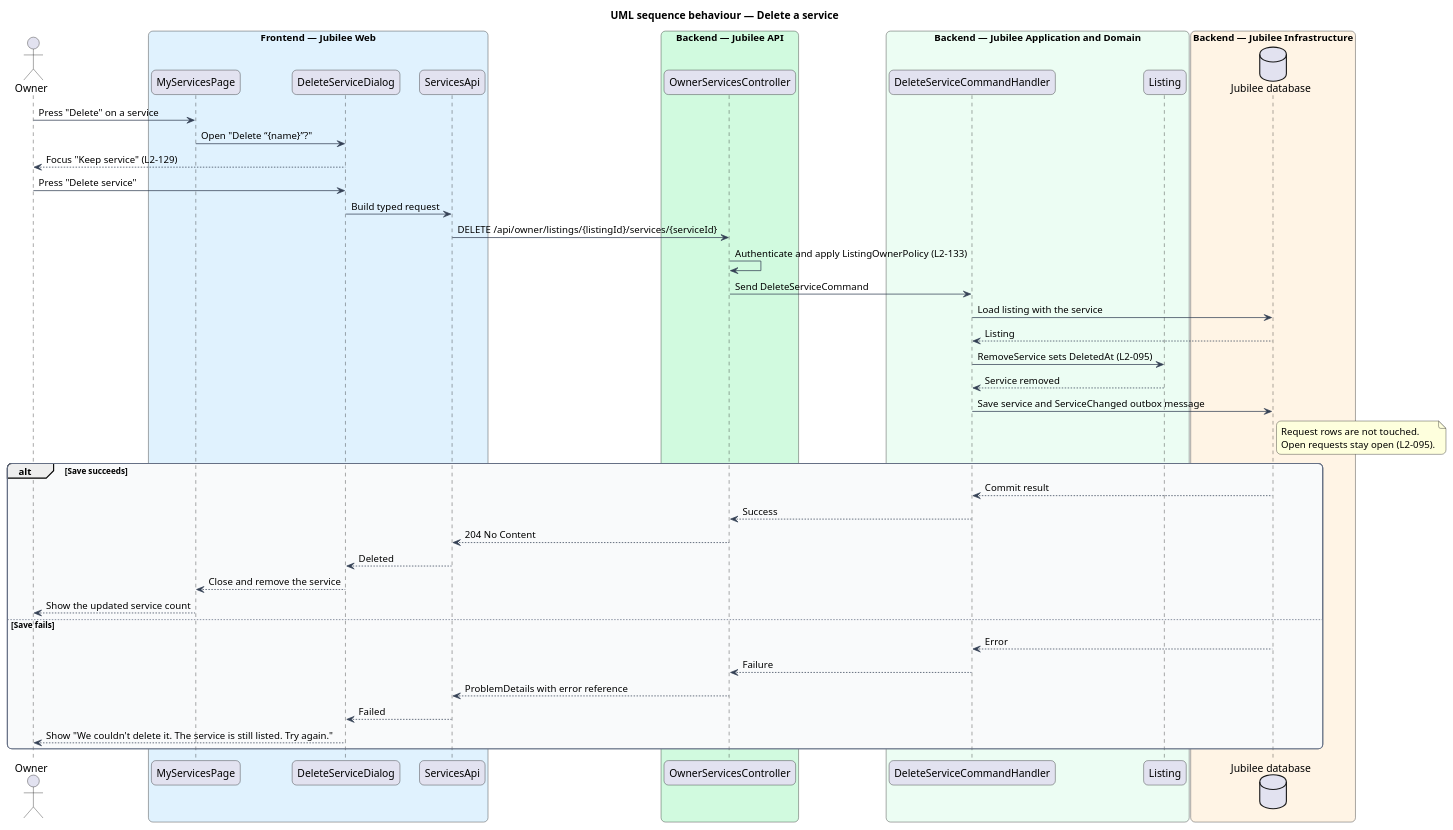
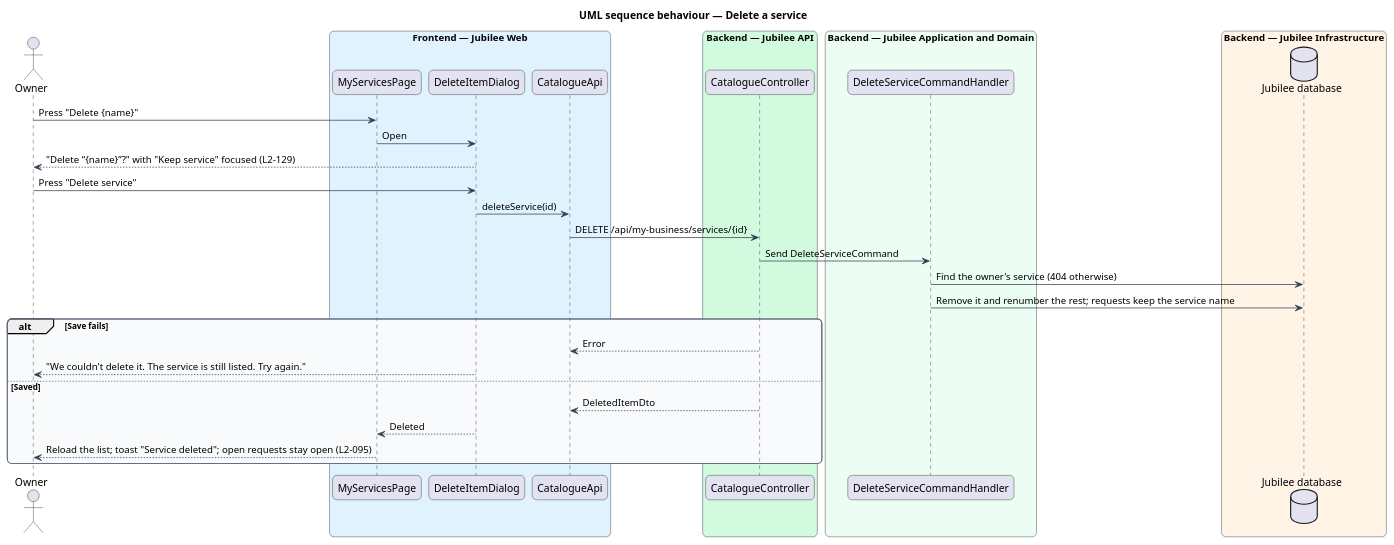
One commit to QuinntyneBrown/jubilee changed the diagram in docs/detailed-designs/owner-workspace/manage-services/diagrams/sequence-delete-service.puml. Above: the diagram before and after it, drawn with PlantUML. The commit also changed 57 other files, not shown here.

```diff
--- a/docs/detailed-designs/owner-workspace/manage-services/diagrams/sequence-delete-service.puml
+++ b/docs/detailed-designs/owner-workspace/manage-services/diagrams/sequence-delete-service.puml
@@ -1,61 +1,49 @@
 @startuml
 title UML sequence behaviour — Delete a service
 skinparam backgroundColor #FFFFFF
 skinparam shadowing false
 skinparam roundcorner 12
 skinparam defaultFontName Arial
 skinparam ArrowColor #344054
 skinparam rectangle {
   BorderColor #344054
   FontColor #101828
 }
 skinparam package {
   BorderColor #667085
   FontColor #101828
   BackgroundColor #F9FAFB
 }
 actor "Owner" as actor
 box "Frontend — Jubilee Web" #E0F2FE
   participant "MyServicesPage" as page
-  participant "DeleteServiceDialog" as dialog
-  participant "ServicesApi" as client
+  participant "DeleteItemDialog" as dialog
+  participant "CatalogueApi" as client
 end box
 box "Backend — Jubilee API" #D1FADF
-  participant "OwnerServicesController" as controller
+  participant "CatalogueController" as controller
 end box
 box "Backend — Jubilee Application and Domain" #ECFDF3
   participant "DeleteServiceCommandHandler" as handler
-  participant "Listing" as entity
 end box
 box "Backend — Jubilee Infrastructure" #FFF4E5
   database "Jubilee database" as db
 end box
-actor -> page : Press "Delete" on a service
-page -> dialog : Open "Delete “{name}”?"
-dialog --> actor : Focus "Keep service" (L2-129)
+actor -> page : Press "Delete {name}"
+page -> dialog : Open
+dialog --> actor : "Delete “{name}”?" with "Keep service" focused (L2-129)
 actor -> dialog : Press "Delete service"
-dialog -> client : Build typed request
-client -> controller : DELETE /api/owner/listings/{listingId}/services/{serviceId}
-controller -> controller : Authenticate and apply ListingOwnerPolicy (L2-133)
+dialog -> client : deleteService(id)
+client -> controller : DELETE /api/my-business/services/{id}
 controller -> handler : Send DeleteServiceCommand
-handler -> db : Load listing with the service
-db --> handler : Listing
-handler -> entity : RemoveService sets DeletedAt (L2-095)
-entity --> handler : Service removed
-handler -> db : Save service and ServiceChanged outbox message
-note right of db : Request rows are not touched.\nOpen requests stay open (L2-095).
-alt Save succeeds
-  db --> handler : Commit result
-  handler --> controller : Success
-  controller --> client : 204 No Content
-  client --> dialog : Deleted
-  dialog --> page : Close and remove the service
-  page --> actor : Show the updated service count
-else Save fails
-  db --> handler : Error
-  handler --> controller : Failure
-  controller --> client : ProblemDetails with error reference
-  client --> dialog : Failed
-  dialog --> actor : Show "We couldn't delete it. The service is still listed. Try again."
+handler -> db : Find the owner's service (404 otherwise)
+handler -> db : Remove it and renumber the rest; requests keep the service name
+alt Save fails
+  controller --> client : Error
+  dialog --> actor : "We couldn't delete it. The service is still listed. Try again."
+else Saved
+  controller --> client : DeletedItemDto
+  dialog --> page : Deleted
+  page --> actor : Reload the list; toast "Service deleted"; open requests stay open (L2-095)
 end
 @enduml
```
